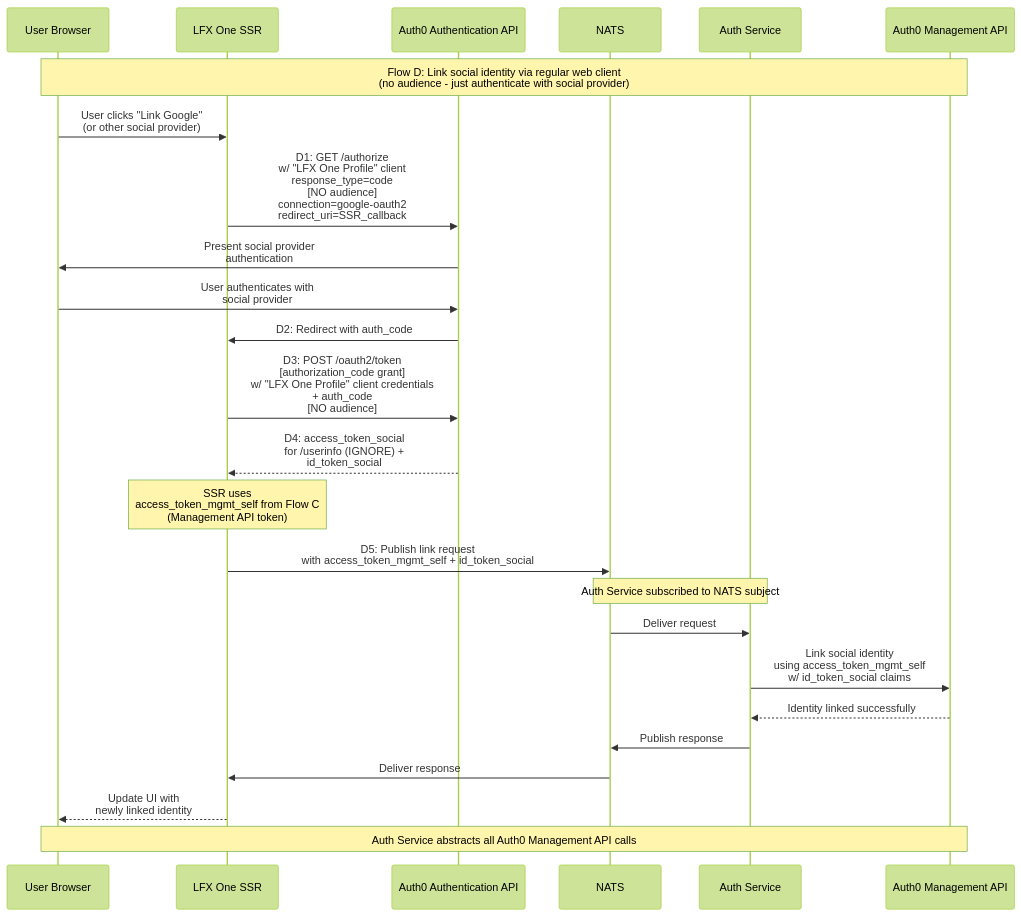
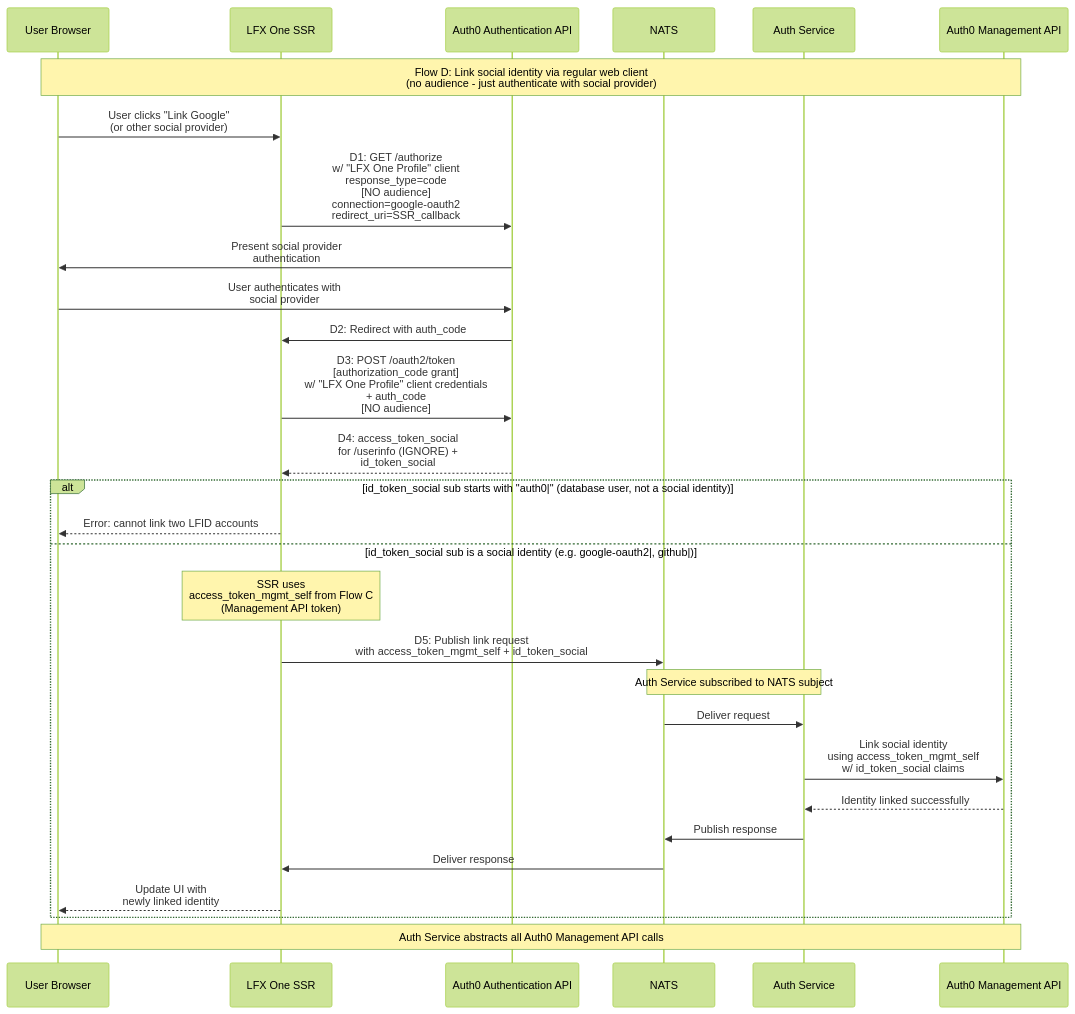
The diagram in docs/auth-flows/D-social-identity-linking.md (linuxfoundation/lfx-v2-auth-service), drawn with Mermaid (forest theme) before and after one commit.

Commit message:
Refine Flow D documentation for linking social identities, clarifying error handling and sequence of operations.
Jira Ticket: https://linuxfoundation.atlassian.net/browse/LFXV2-888

Generated with [Claude Code](https://claude.com/claude-code)

````diff
--- a/docs/auth-flows/D-social-identity-linking.md
+++ b/docs/auth-flows/D-social-identity-linking.md
@@ -8,41 +8,45 @@
 ```mermaid
 sequenceDiagram
     participant Browser as User Browser
     participant SSR as LFX One SSR
     participant Auth0 as Auth0 Authentication API
     participant NATS as NATS
     participant AuthSvc as Auth Service
     participant Auth0Mgmt as Auth0 Management API
 
     Note over Browser,Auth0Mgmt: Flow D: Link social identity via regular web client<br/>(no audience - just authenticate with social provider)
     
     Browser->>SSR: User clicks "Link Google"<br/>(or other social provider)
     
     SSR->>Auth0: D1: GET /authorize<br/>w/ "LFX One Profile" client<br/>response_type=code<br/>[NO audience]<br/>connection=google-oauth2<br/>redirect_uri=SSR_callback
     
     Auth0->>Browser: Present social provider<br/>authentication
     
     Browser->>Auth0: User authenticates with<br/>social provider
     
     Auth0->>SSR: D2: Redirect with auth_code
     
     SSR->>Auth0: D3: POST /oauth2/token<br/>[authorization_code grant]<br/>w/ "LFX One Profile" client credentials<br/>+ auth_code<br/>[NO audience]
     
     Auth0-->>SSR: D4: access_token_social<br/>for /userinfo (IGNORE) +<br/>id_token_social
 
-    Note over SSR: SSR uses<br/>access_token_mgmt_self from Flow C<br/>(Management API token)
+    alt id_token_social sub starts with "auth0|" (database user, not a social identity)
+        SSR-->>Browser: Error: cannot link two LFID accounts
+    else id_token_social sub is a social identity (e.g. google-oauth2|, github|)
+        Note over SSR: SSR uses<br/>access_token_mgmt_self from Flow C<br/>(Management API token)
 
-    SSR->>NATS: D5: Publish link request<br/>with access_token_mgmt_self + id_token_social
-    Note over NATS,AuthSvc: Auth Service subscribed to NATS subject
-    NATS->>AuthSvc: Deliver request
+        SSR->>NATS: D5: Publish link request<br/>with access_token_mgmt_self + id_token_social
+        Note over NATS,AuthSvc: Auth Service subscribed to NATS subject
+        NATS->>AuthSvc: Deliver request
 
-    AuthSvc->>Auth0Mgmt: Link social identity<br/>using access_token_mgmt_self<br/>w/ id_token_social claims
-    
-    Auth0Mgmt-->>AuthSvc: Identity linked successfully
-    AuthSvc->>NATS: Publish response
-    NATS->>SSR: Deliver response
-    
-    SSR-->>Browser: Update UI with<br/>newly linked identity
-    
+        AuthSvc->>Auth0Mgmt: Link social identity<br/>using access_token_mgmt_self<br/>w/ id_token_social claims
+
+        Auth0Mgmt-->>AuthSvc: Identity linked successfully
+        AuthSvc->>NATS: Publish response
+        NATS->>SSR: Deliver response
+
+        SSR-->>Browser: Update UI with<br/>newly linked identity
+    end
+
     Note over Browser,Auth0Mgmt: Auth Service abstracts all Auth0 Management API calls
 ```
````
